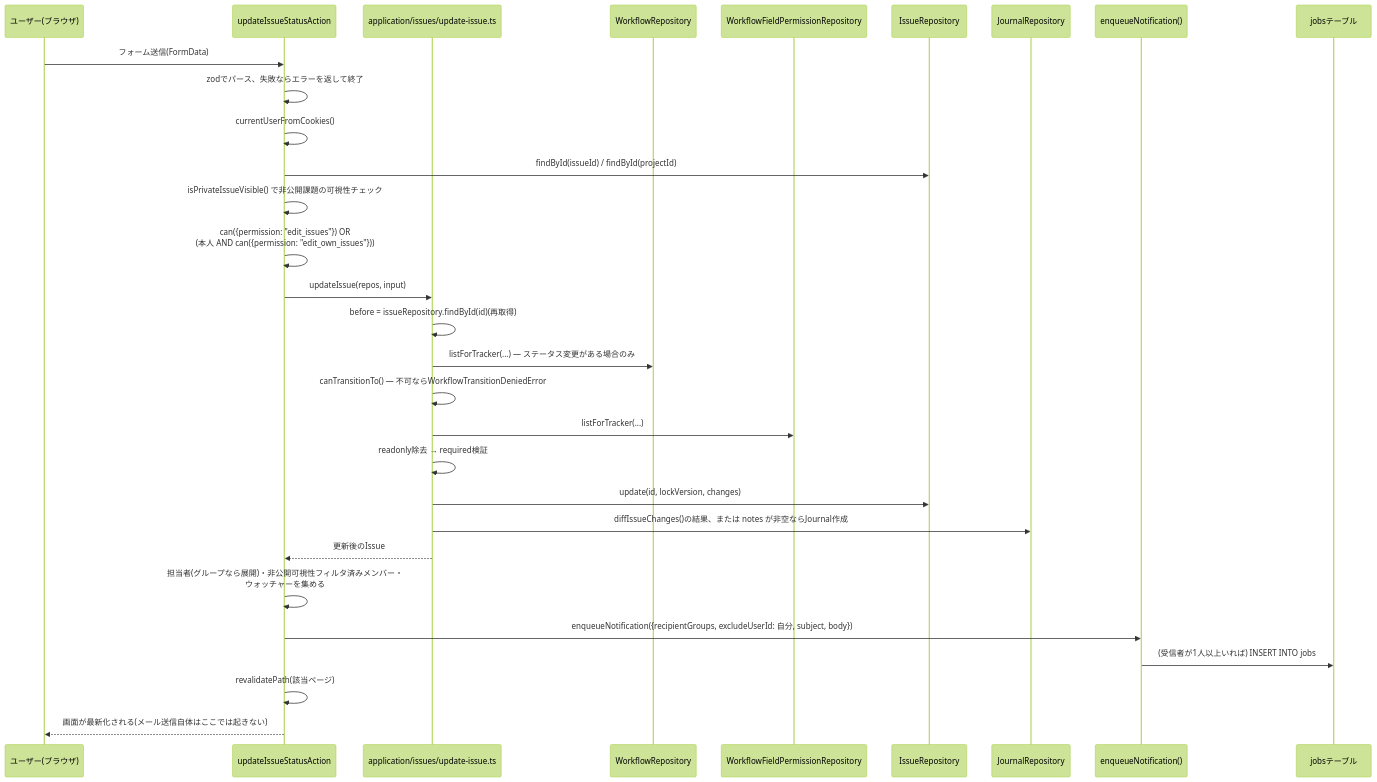
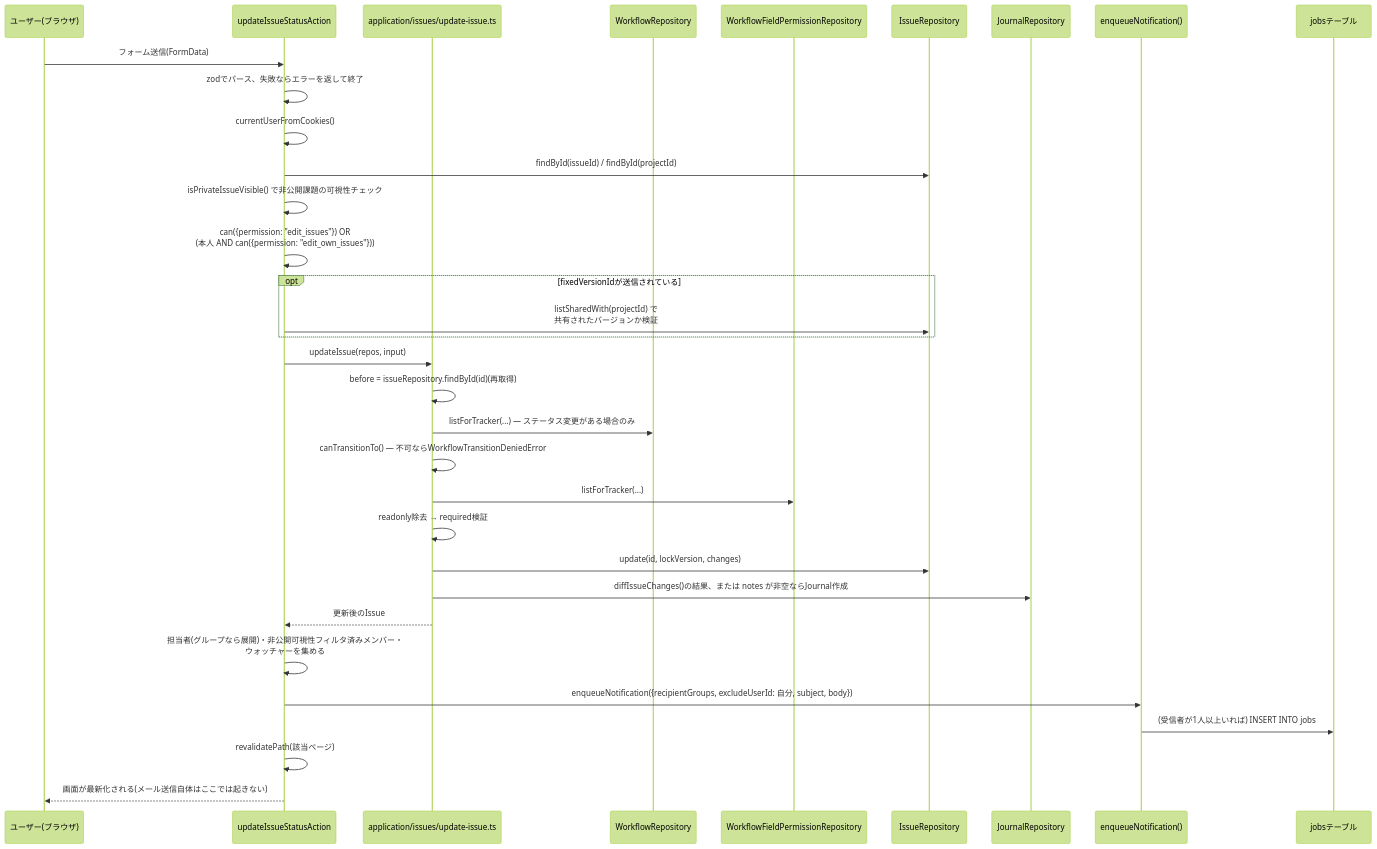
One commit to ip-san/next-pm changed the fourth of 4 diagrams in docs/design/request-lifecycle.md. Above: the diagram before and after it, drawn with Mermaid (forest theme). The commit also changed other lines of this file and 4 other files, not shown here.

First line of the commit message:
Fix review findings in architecture docs

````diff
--- a/docs/design/request-lifecycle.md
+++ b/docs/design/request-lifecycle.md
@@ -74,33 +74,36 @@
 ```mermaid
 sequenceDiagram
     participant U as ユーザー(ブラウザ)
     participant A as updateIssueStatusAction
     participant Use as application/issues/update-issue.ts
     participant WF as WorkflowRepository
     participant FP as WorkflowFieldPermissionRepository
     participant Repo as IssueRepository
     participant J as JournalRepository
     participant N as enqueueNotification()
     participant Jobs as jobsテーブル
 
     U->>A: フォーム送信(FormData)
     A->>A: zodでパース、失敗ならエラーを返して終了
     A->>A: currentUserFromCookies()
     A->>Repo: findById(issueId) / findById(projectId)
     A->>A: isPrivateIssueVisible() で非公開課題の可視性チェック
     A->>A: can({permission: "edit_issues"}) OR<br/>(本人 AND can({permission: "edit_own_issues"}))
+    opt fixedVersionIdが送信されている
+        A->>Repo: listSharedWith(projectId) で<br/>共有されたバージョンか検証
+    end
     A->>Use: updateIssue(repos, input)
     Use->>Use: before = issueRepository.findById(id)(再取得)
     Use->>WF: listForTracker(...) — ステータス変更がある場合のみ
     Use->>Use: canTransitionTo() — 不可ならWorkflowTransitionDeniedError
     Use->>FP: listForTracker(...)
     Use->>Use: readonly除去 → required検証
     Use->>Repo: update(id, lockVersion, changes)
     Use->>J: diffIssueChanges()の結果、または notes が非空ならJournal作成
     Use-->>A: 更新後のIssue
     A->>A: 担当者(グループなら展開)・非公開可視性フィルタ済みメンバー・<br/>ウォッチャーを集める
     A->>N: enqueueNotification({recipientGroups, excludeUserId: 自分, subject, body})
     N->>Jobs: (受信者が1人以上いれば) INSERT INTO jobs
     A->>A: revalidatePath(該当ページ)
     A-->>U: 画面が最新化される(メール送信自体はここでは起きない)
 ```
````
